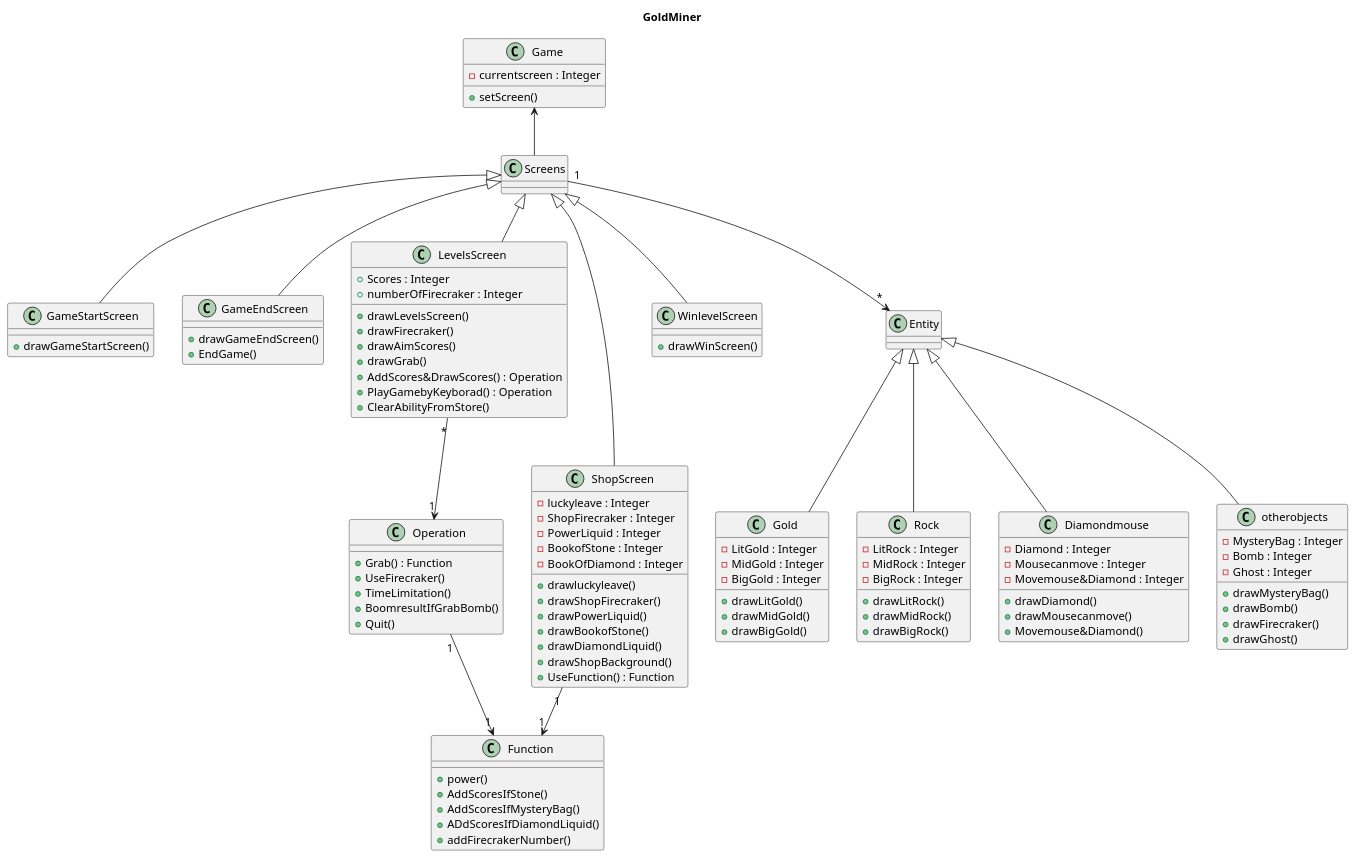
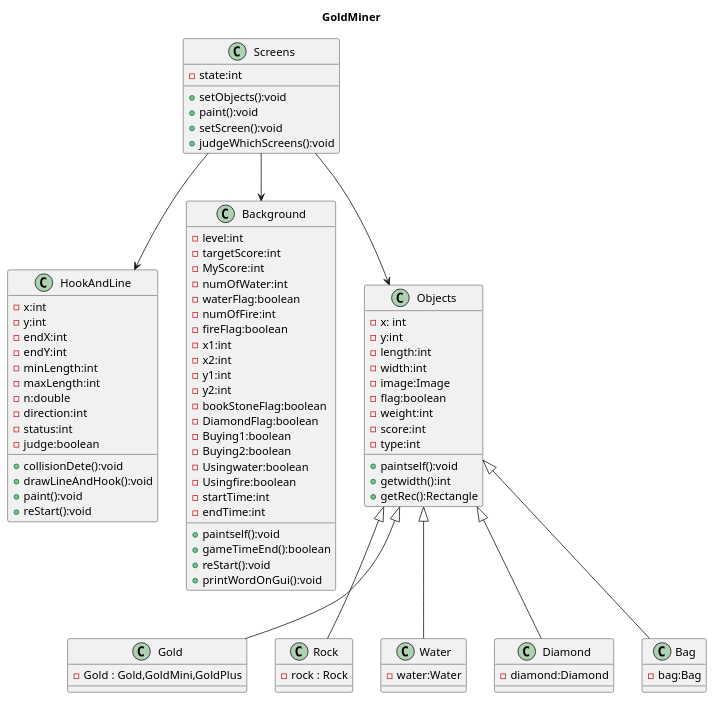
One commit to 1chrischen/GoldMiner changed the diagram in GoldMiner.puml. Above: the diagram before and after it, drawn with PlantUML.

```diff
--- a/GoldMiner.puml
+++ b/GoldMiner.puml
@@ -1,125 +1,105 @@
 @startuml
 'https://plantuml.com/class-diagram
 
 title GoldMiner
 
-class Function {
-+power()
-+AddScoresIfStone()
-+AddScoresIfMysteryBag()
-+ADdScoresIfDiamondLiquid()
-+addFirecrakerNumber()
+Screens --> HookAndLine
+Screens --> Background
+Objects <|-- Gold
+Objects <|-- Rock
+Objects <|-- Water
+Objects <|-- Diamond
+Objects <|-- Bag
+Screens --> Objects
+
+class Gold {
+-Gold : Gold,GoldMini,GoldPlus
 
 }
 
-class Gold {
--LitGold : Integer
--MidGold : Integer
--BigGold : Integer
-+drawLitGold()
-+drawMidGold()
-+drawBigGold()
-}
-
 class Rock {
--LitRock : Integer
--MidRock : Integer
--BigRock : Integer
-+drawLitRock()
-+drawMidRock()
-+drawBigRock()
-}
-
-class Diamondmouse {
--Diamond : Integer
--Mousecanmove : Integer
--Movemouse&Diamond : Integer
-+drawDiamond()
-+drawMousecanmove()
-+Movemouse&Diamond()
-}
-
-class otherobjects {
--MysteryBag : Integer
--Bomb : Integer
--Ghost : Integer
-+drawMysteryBag()
-+drawBomb()
-+drawFirecraker()
-+drawGhost()
+-rock : Rock
 }
 
 
-class GameStartScreen {
-+drawGameStartScreen()
+class Water {
+-water:Water
 }
 
-class GameEndScreen {
-+drawGameEndScreen()
-+EndGame()
+class Diamond {
+-diamond:Diamond
 }
 
-class LevelsScreen {
-+Scores : Integer
-+numberOfFirecraker : Integer
-+drawLevelsScreen()
-+drawFirecraker()
-+drawAimScores()
-+drawGrab()
-+AddScores&DrawScores() : Operation
-+PlayGamebyKeyborad() : Operation
-+ClearAbilityFromStore()
-}
-
-class ShopScreen {
--luckyleave : Integer
--ShopFirecraker : Integer
--PowerLiquid : Integer
--BookofStone : Integer
--BookOfDiamond : Integer
-+drawluckyleave()
-+drawShopFirecraker()
-+drawPowerLiquid()
-+drawBookofStone()
-+drawDiamondLiquid()
-+drawShopBackground()
-+UseFunction() : Function
-}
-
-class WinlevelScreen {
-+drawWinScreen()
+class Bag {
+-bag:Bag
 }
 
 
-class Operation {
-+Grab() : Function
-+UseFirecraker()
-+TimeLimitation()
-+BoomresultIfGrabBomb()
-+Quit()
+class HookAndLine {
+-x:int
+-y:int
+-endX:int
+-endY:int
+-minLength:int
+-maxLength:int
+-n:double
+-direction:int
+-status:int
+-judge:boolean
++collisionDete():void
++drawLineAndHook():void
++paint():void
++reStart():void
 }
-class Entity {
 
+class Objects {
+-x: int
+-y:int
+-length:int
+-width:int
+-image:Image
+-flag:boolean
+-weight:int
+-score:int
+-type:int
++paintself():void
++getwidth():int
++getRec():Rectangle
 }
+
 class Screens {
+-state:int
++setObjects():void
++paint():void
++setScreen():void
++judgeWhichScreens():void
+}
 
+class Background {
+
+-level:int
+-targetScore:int
+-MyScore:int
+-numOfWater:int
+-waterFlag:boolean
+-numOfFire:int
+-fireFlag:boolean
+-x1:int
+-x2:int
+-y1:int
+-y2:int
+-bookStoneFlag:boolean
+-DiamondFlag:boolean
+-Buying1:boolean
+-Buying2:boolean
+-Usingwater:boolean
+-Usingfire:boolean
+-startTime:int
+-endTime:int
++paintself():void
++gameTimeEnd():boolean
++reStart():void
++printWordOnGui():void
 }
-class Game {
--currentscreen : Integer
-+setScreen()
-}
-Entity <|-- Gold
-Entity <|-- Rock
-Entity <|-- Diamondmouse
-Entity <|-- otherobjects
-Screens"1" --> "*"Entity
-Screens <|-- LevelsScreen
-Screens <|-- ShopScreen
-Screens <|-- GameStartScreen
-Screens <|-- GameEndScreen
-Screens <|-- WinlevelScreen
-LevelsScreen"*" --> "1"Operation
-ShopScreen"1" --> "1"Function
-Operation"1" --> "1"Function
-Game <-- Screens
+
 @enduml
```
